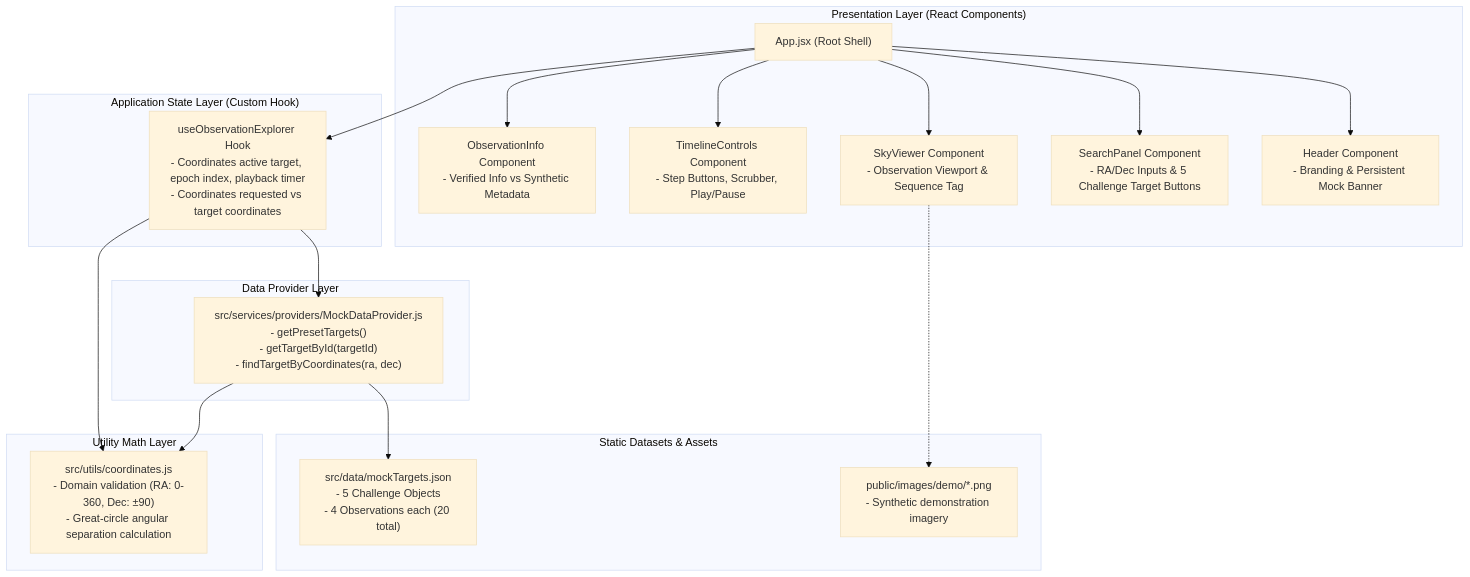
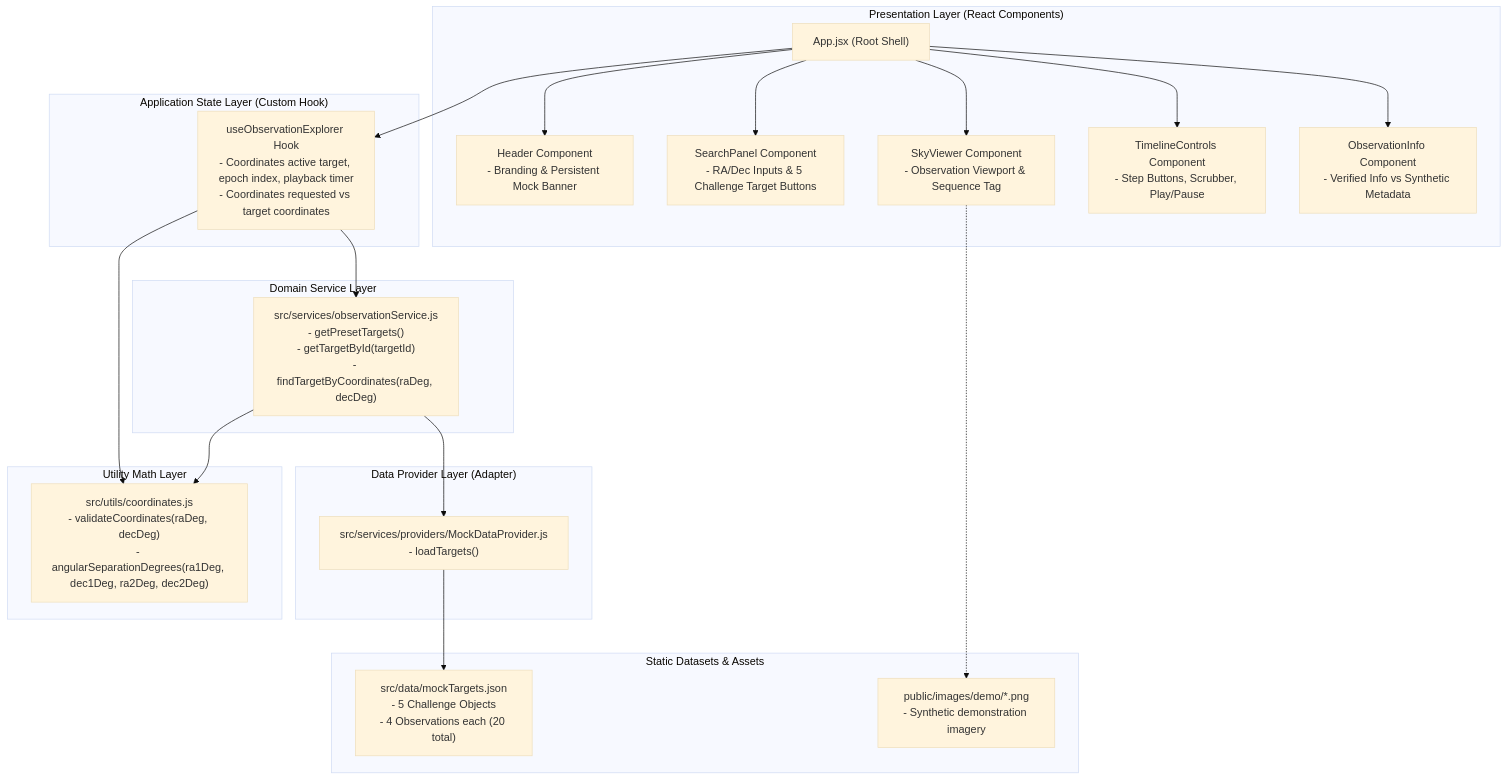
Before and after one commit to abdulkarimaklouk/SPHEREx-Explorer: the first of 2 diagrams in docs/ARCHITECTURE.md, drawn with Mermaid (base theme). The commit also changed other lines of this file and 17 other files, not shown here.

Commit message:
chore: add Antigravity governance and architecture ADRs

````diff
--- a/docs/ARCHITECTURE.md
+++ b/docs/ARCHITECTURE.md
@@ -25,43 +26,49 @@
 ```mermaid
 graph TD
     subgraph UI ["Presentation Layer (React Components)"]
         App["App.jsx (Root Shell)"]
         Header["Header Component<br/>- Branding & Persistent Mock Banner"]
         SearchPanel["SearchPanel Component<br/>- RA/Dec Inputs & 5 Challenge Target Buttons"]
         SkyViewer["SkyViewer Component<br/>- Observation Viewport & Sequence Tag"]
         TimelineControls["TimelineControls Component<br/>- Step Buttons, Scrubber, Play/Pause"]
         ObservationInfo["ObservationInfo Component<br/>- Verified Info vs Synthetic Metadata"]
     end
 
     subgraph StateLayer ["Application State Layer (Custom Hook)"]
         useObservationExplorer["useObservationExplorer Hook<br/>- Coordinates active target, epoch index, playback timer<br/>- Coordinates requested vs target coordinates"]
     end
 
-    subgraph DomainUtils ["Utility Math Layer"]
-        coordUtils["src/utils/coordinates.js<br/>- Domain validation (RA: 0-360, Dec: ±90)<br/>- Great-circle angular separation calculation"]
+    subgraph DomainService ["Domain Service Layer"]
+        observationService["src/services/observationService.js<br/>- getPresetTargets()<br/>- getTargetById(targetId)<br/>- findTargetByCoordinates(raDeg, decDeg)"]
     end
 
-    subgraph ServiceLayer ["Data Provider Layer"]
-        MockDataProvider["src/services/providers/MockDataProvider.js<br/>- getPresetTargets()<br/>- getTargetById(targetId)<br/>- findTargetByCoordinates(ra, dec)"]
+    subgraph DataAdapter ["Data Provider Layer (Adapter)"]
+        MockDataProvider["src/services/providers/MockDataProvider.js<br/>- loadTargets()"]
+    end
+
+    subgraph DomainUtils ["Utility Math Layer"]
+        coordUtils["src/utils/coordinates.js<br/>- validateCoordinates(raDeg, decDeg)<br/>- angularSeparationDegrees(ra1Deg, dec1Deg, ra2Deg, dec2Deg)"]
     end
 
     subgraph DataStore ["Static Datasets & Assets"]
         MockTargetsJSON["src/data/mockTargets.json<br/>- 5 Challenge Objects<br/>- 4 Observations each (20 total)"]
         DemoImages["public/images/demo/*.png<br/>- Synthetic demonstration imagery"]
     end
 
     App --> Header
     App --> SearchPanel
     App --> SkyViewer
     App --> TimelineControls
     App --> ObservationInfo
 
     App --> useObservationExplorer
 
-    useObservationExplorer --> MockDataProvider
+    useObservationExplorer --> observationService
     useObservationExplorer --> coordUtils
 
+    observationService --> MockDataProvider
+    observationService --> coordUtils
+
     MockDataProvider --> MockTargetsJSON
-    MockDataProvider --> coordUtils
     SkyViewer -.-> DemoImages
 ```
````
